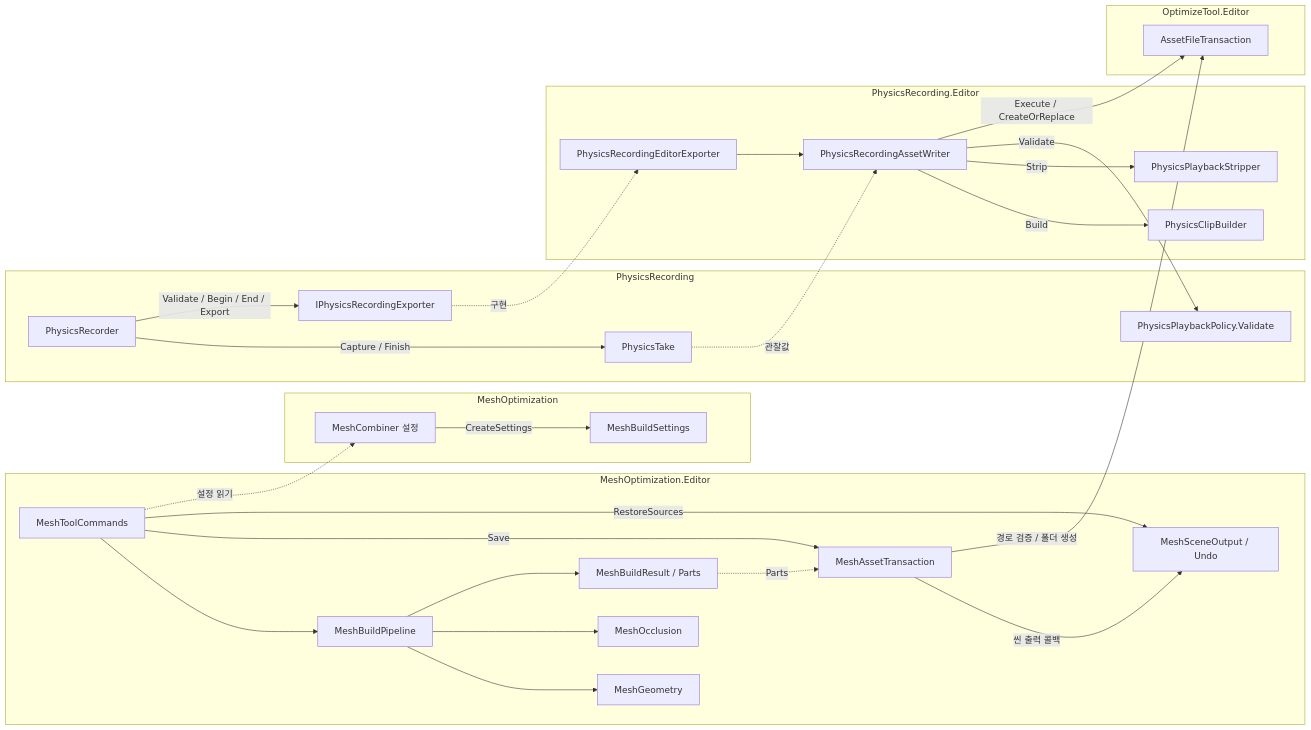
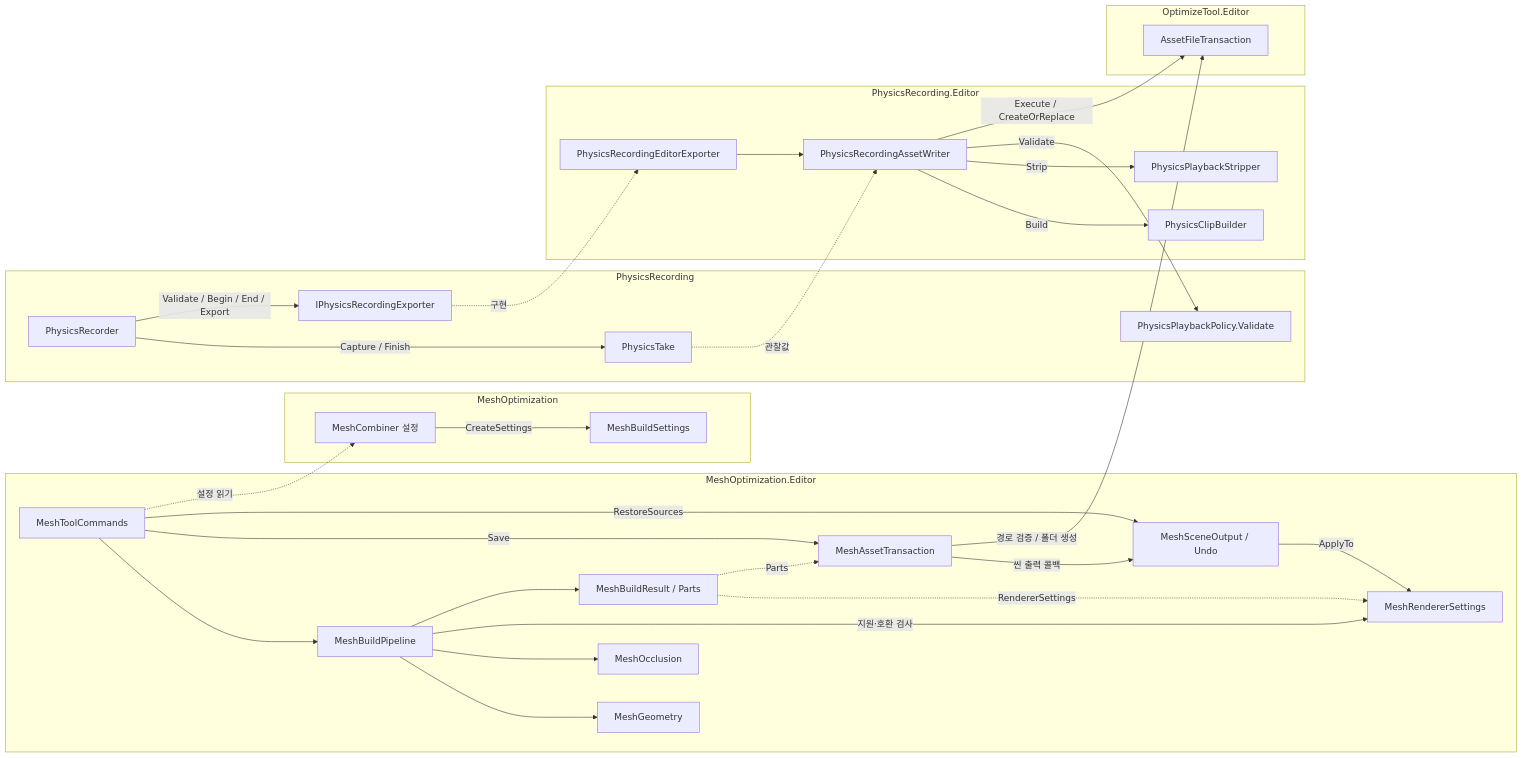
Before and after one commit to youwonsock/tool-unity-editor: the diagram in ToyProject/Assets/_OptimizeTool/Docs/TechnicalNotes.md, drawn with Mermaid. The commit also changed other lines of this file and 2 other files, not shown here.

Commit message:
TechnicalNotes 클래스 표와 구조도에 MeshRendererSettings·MeshGeometry·MeshOcclusion을 넣고 PNG를 다시 렌더링함

````diff
--- a/ToyProject/Assets/_OptimizeTool/Docs/TechnicalNotes.md
+++ b/ToyProject/Assets/_OptimizeTool/Docs/TechnicalNotes.md
@@ -43,35 +43,38 @@
 ```mermaid
 flowchart LR
     subgraph Mesh[MeshOptimization]
         Combiner[MeshCombiner 설정] -->|CreateSettings| Settings[MeshBuildSettings]
     end
     subgraph MeshEditor[MeshOptimization.Editor]
         Commands[MeshToolCommands] --> Pipeline[MeshBuildPipeline]
         Pipeline --> Geometry[MeshGeometry]
         Pipeline --> Occlusion[MeshOcclusion]
+        Pipeline -->|지원·호환 검사| RendererSettings[MeshRendererSettings]
         Pipeline --> Result[MeshBuildResult / Parts]
+        Result -. RendererSettings .-> RendererSettings
         Commands -->|Save| MeshSave[MeshAssetTransaction]
         Result -. Parts .-> MeshSave
         MeshSave -->|씬 출력 콜백| Scene[MeshSceneOutput / Undo]
         Commands -->|RestoreSources| Scene
+        Scene -->|ApplyTo| RendererSettings
     end
     subgraph Physics[PhysicsRecording]
         Recorder[PhysicsRecorder] -->|Capture / Finish| Take[PhysicsTake]
         Recorder -->|Validate / Begin / End / Export| Port[IPhysicsRecordingExporter]
         Policy[PhysicsPlaybackPolicy.Validate]
     end
     subgraph PhysicsEditor[PhysicsRecording.Editor]
         Exporter[PhysicsRecordingEditorExporter] --> Writer[PhysicsRecordingAssetWriter]
         Writer -->|Build| ClipBuilder[PhysicsClipBuilder]
         Writer -->|Strip| Stripper[PhysicsPlaybackStripper]
     end
     subgraph Shared[OptimizeTool.Editor]
         FileTx[AssetFileTransaction]
     end
     Commands -. 설정 읽기 .-> Combiner
     Port -. 구현 .-> Exporter
     Take -. 관찰값 .-> Writer
     Writer -->|Validate| Policy
     Writer -->|Execute / CreateOrReplace| FileTx
     MeshSave -->|경로 검증 / 폴더 생성| FileTx
 ```
````
